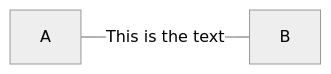
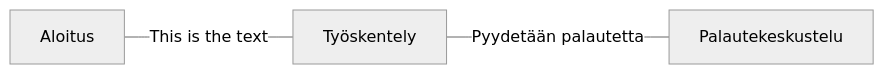
The diagram in vaatimusmaarittely/pohjat/pohja-tilakone.md (Betaoptics/ttos0100---2019-implementation), drawn with Mermaid (neutral theme) before and after one commit.

````diff
--- a/vaatimusmaarittely/pohjat/pohja-tilakone.md
+++ b/vaatimusmaarittely/pohjat/pohja-tilakone.md
@@ -4,6 +4,7 @@
 ```mermaid
 graph LR
-    A---|This is the text|B
-
+    Aloitus---|This is the text|Työskentely
+    Työskentely---|Pyydetään palautetta|Palautekeskustelu
+    
   
 ```
````
